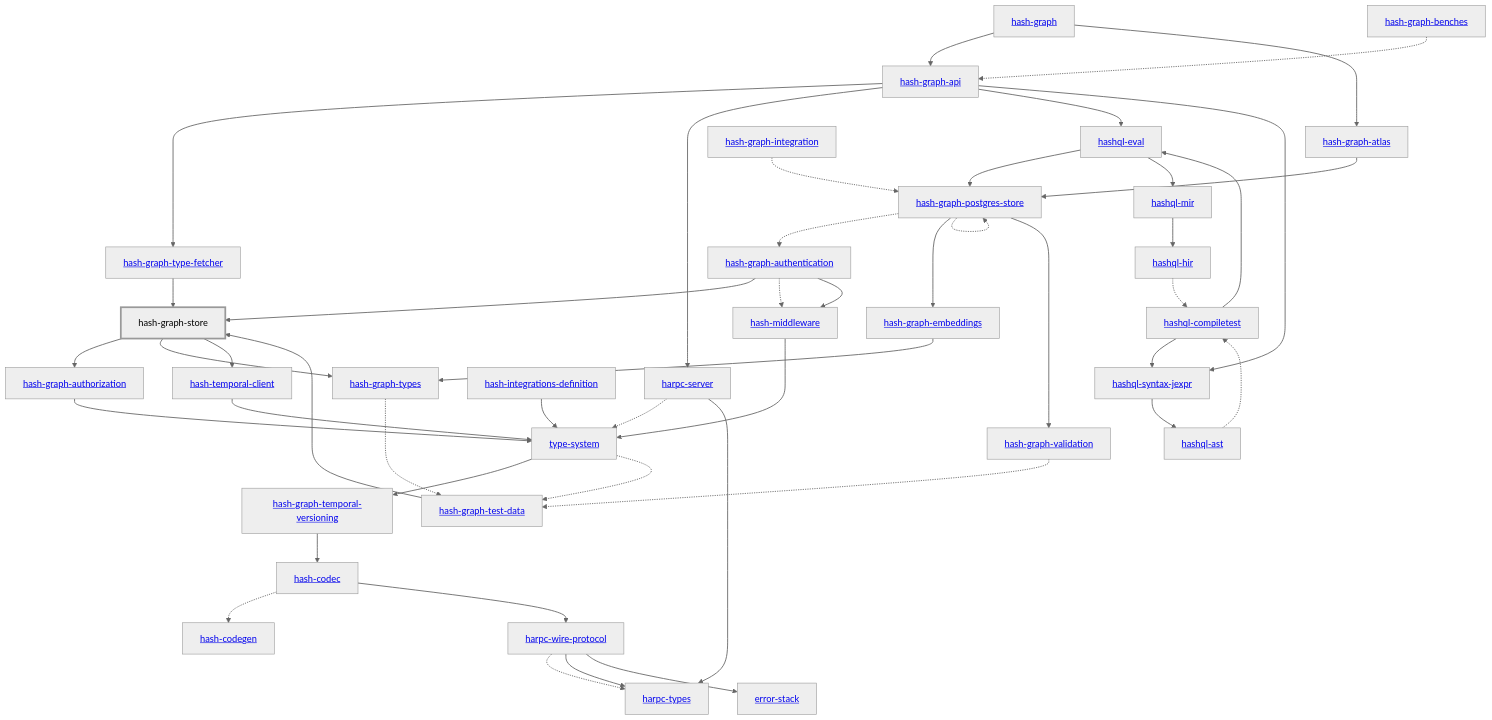
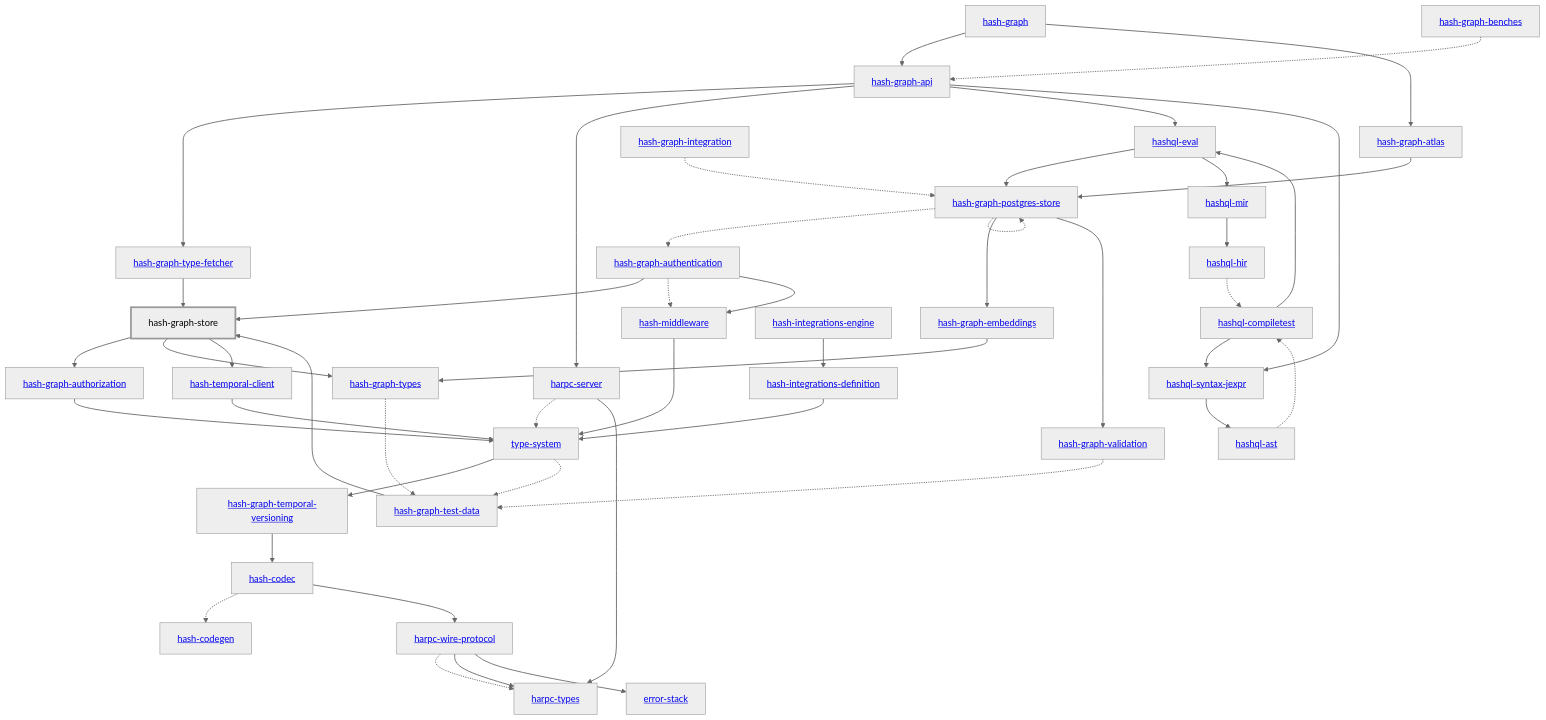
Before and after one commit to hashintel/hash: the diagram in libs/@local/graph/store/rust/docs/dependency-diagram.mmd, drawn with Mermaid (neutral theme). The commit also changed 19 other files, not shown here.

```diff
--- a/libs/@local/graph/store/rust/docs/dependency-diagram.mmd
+++ b/libs/@local/graph/store/rust/docs/dependency-diagram.mmd
@@ -1,88 +1,90 @@
 graph TD
     linkStyle default stroke-width:1.5px
     classDef default stroke-width:1px
     classDef root stroke-width:3px
     classDef dev stroke-width:1px
     classDef build stroke-width:1px
     %% Legend
     %% --> : Normal dependency
     %% -.-> : Dev dependency
     %% ---> : Build dependency
     0[<a href="../hash_graph/index.html">hash-graph</a>]
     1[<a href="../type_system/index.html">type-system</a>]
     2[<a href="../hash_codec/index.html">hash-codec</a>]
     3[<a href="../hash_codegen/index.html">hash-codegen</a>]
     4[<a href="../hash_graph_api/index.html">hash-graph-api</a>]
     5[<a href="../hash_graph_atlas/index.html">hash-graph-atlas</a>]
     6[<a href="../hash_graph_authentication/index.html">hash-graph-authentication</a>]
     7[<a href="../hash_graph_authorization/index.html">hash-graph-authorization</a>]
     8[<a href="../hash_graph_embeddings/index.html">hash-graph-embeddings</a>]
     9[<a href="../hash_graph_postgres_store/index.html">hash-graph-postgres-store</a>]
     10[hash-graph-store]
     class 10 root
     11[<a href="../hash_graph_temporal_versioning/index.html">hash-graph-temporal-versioning</a>]
     12[<a href="../hash_graph_type_fetcher/index.html">hash-graph-type-fetcher</a>]
     13[<a href="../hash_graph_types/index.html">hash-graph-types</a>]
     14[<a href="../hash_graph_validation/index.html">hash-graph-validation</a>]
     15[<a href="../harpc_server/index.html">harpc-server</a>]
     16[<a href="../harpc_types/index.html">harpc-types</a>]
     17[<a href="../harpc_wire_protocol/index.html">harpc-wire-protocol</a>]
     18[<a href="../hashql_ast/index.html">hashql-ast</a>]
     19[<a href="../hashql_compiletest/index.html">hashql-compiletest</a>]
     20[<a href="../hashql_eval/index.html">hashql-eval</a>]
     21[<a href="../hashql_hir/index.html">hashql-hir</a>]
     22[<a href="../hashql_mir/index.html">hashql-mir</a>]
     23[<a href="../hashql_syntax_jexpr/index.html">hashql-syntax-jexpr</a>]
     24[<a href="../hash_integrations_definition/index.html">hash-integrations-definition</a>]
-    25[<a href="../hash_middleware/index.html">hash-middleware</a>]
-    26[<a href="../hash_temporal_client/index.html">hash-temporal-client</a>]
-    27[<a href="../error_stack/index.html">error-stack</a>]
-    28[<a href="../hash_graph_benches/index.html">hash-graph-benches</a>]
-    29[<a href="../hash_graph_integration/index.html">hash-graph-integration</a>]
-    30[<a href="../hash_graph_test_data/index.html">hash-graph-test-data</a>]
+    25[<a href="../hash_integrations_engine/index.html">hash-integrations-engine</a>]
+    26[<a href="../hash_middleware/index.html">hash-middleware</a>]
+    27[<a href="../hash_temporal_client/index.html">hash-temporal-client</a>]
+    28[<a href="../error_stack/index.html">error-stack</a>]
+    29[<a href="../hash_graph_benches/index.html">hash-graph-benches</a>]
+    30[<a href="../hash_graph_integration/index.html">hash-graph-integration</a>]
+    31[<a href="../hash_graph_test_data/index.html">hash-graph-test-data</a>]
     0 --> 4
     0 --> 5
     1 --> 11
-    1 -.-> 30
+    1 -.-> 31
     2 -.-> 3
     2 --> 17
     4 --> 12
     4 --> 15
     4 --> 20
     4 --> 23
     5 --> 9
     6 --> 10
-    6 -.-> 25
-    6 --> 25
+    6 -.-> 26
+    6 --> 26
     7 --> 1
     8 --> 13
     9 -.-> 6
     9 --> 8
     9 -.-> 9
     9 --> 14
     10 --> 7
     10 --> 13
-    10 --> 26
+    10 --> 27
     11 --> 2
     12 --> 10
-    13 -.-> 30
-    14 -.-> 30
+    13 -.-> 31
+    14 -.-> 31
     15 -.-> 1
     15 --> 16
     17 -.-> 16
     17 --> 16
-    17 --> 27
+    17 --> 28
     18 -.-> 19
     19 --> 20
     19 --> 23
     20 --> 9
     20 --> 22
     21 -.-> 19
     22 --> 21
     23 --> 18
     24 --> 1
-    25 --> 1
+    25 --> 24
     26 --> 1
-    28 -.-> 4
-    29 -.-> 9
-    30 --> 10
+    27 --> 1
+    29 -.-> 4
+    30 -.-> 9
+    31 --> 10
```
